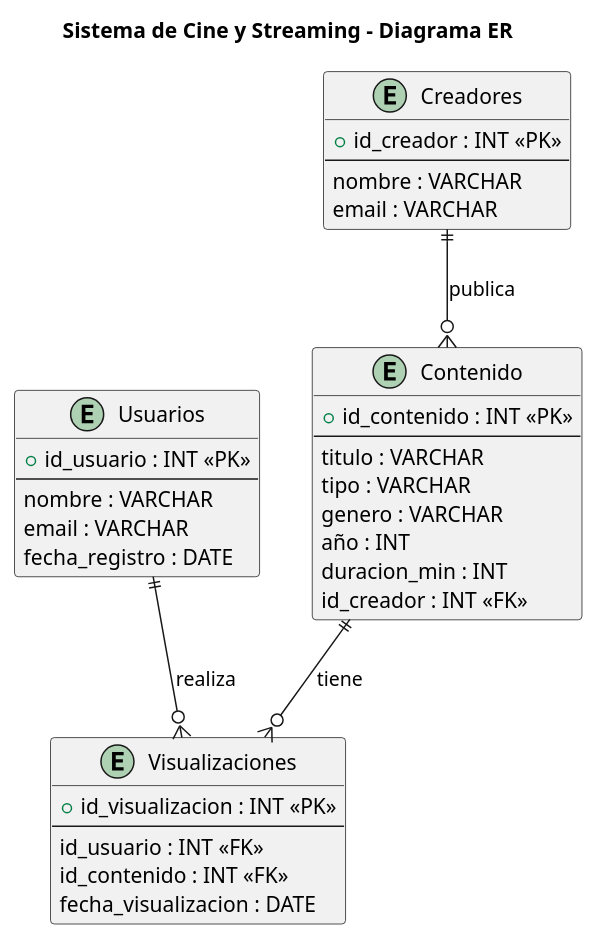
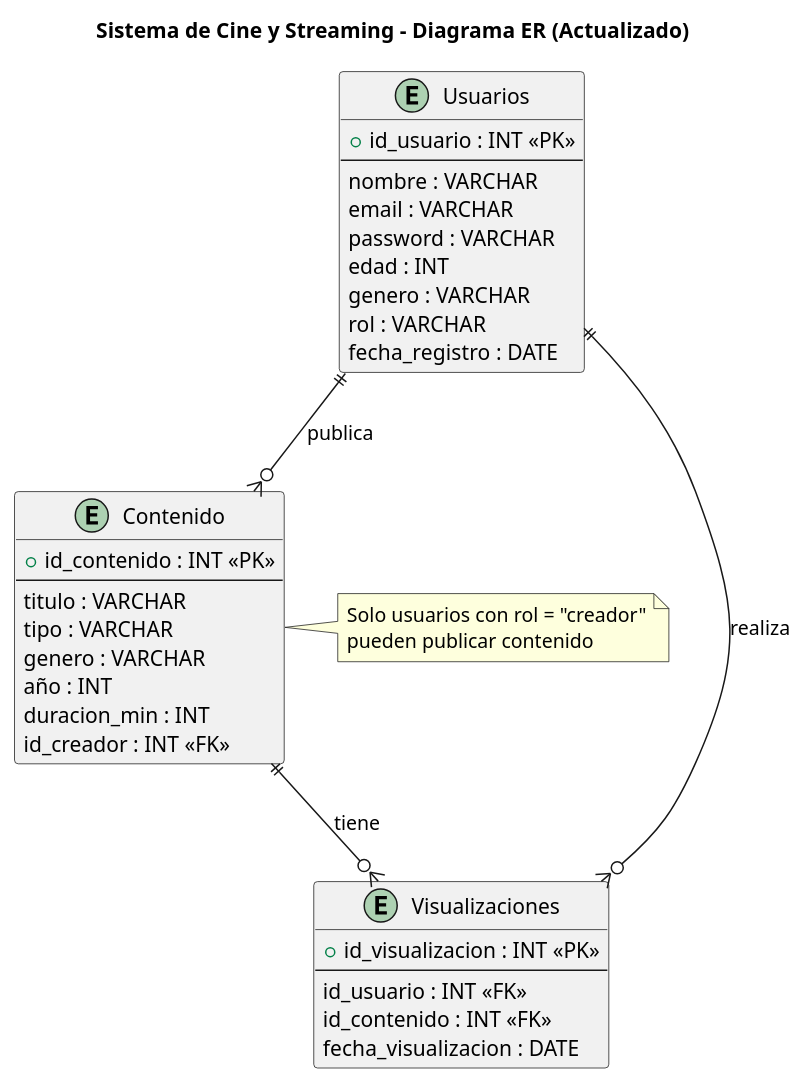
Before and after one commit to Almonacid98/streaming-platform: the diagram in docs/diagram.puml, drawn with PlantUML. The commit also changed 3 other files, not shown here.

Commit message:
Cree los modelos y modifique los que tenia al inicio, borrando una tabla y aplicando solo una tabla usuario que separa los usuarios por roles tipo admin y tipo usuario, apliqué los cambios y las tablas iniciales se migraron con exito a la base de datos en postgres.

```diff
--- a/docs/diagram.puml
+++ b/docs/diagram.puml
@@ -1,42 +1,44 @@
 @startuml
-title Sistema de Cine y Streaming - Diagrama ER
+title Sistema de Cine y Streaming - Diagrama ER (Actualizado)
 
 entity Usuarios {
   + id_usuario : INT <<PK>>
   --
   nombre : VARCHAR
   email : VARCHAR
+  password : VARCHAR
+  edad : INT
+  genero : VARCHAR
+  rol : VARCHAR
   fecha_registro : DATE
-}
-
-entity Creadores {
-  + id_creador : INT <<PK>>
-  --
-  nombre : VARCHAR
-  email : VARCHAR
 }
 
 entity Contenido {
   + id_contenido : INT <<PK>>
   --
   titulo : VARCHAR
   tipo : VARCHAR
   genero : VARCHAR
   año : INT
   duracion_min : INT
   id_creador : INT <<FK>>
 }
 
 entity Visualizaciones {
   + id_visualizacion : INT <<PK>>
   --
   id_usuario : INT <<FK>>
   id_contenido : INT <<FK>>
   fecha_visualizacion : DATE
 }
 
 Usuarios ||--o{ Visualizaciones : realiza
 Contenido ||--o{ Visualizaciones : tiene
-Creadores ||--o{ Contenido : publica
+Usuarios ||--o{ Contenido : publica
+
+note right of Contenido
+Solo usuarios con rol = "creador"
+pueden publicar contenido
+end note
 
 @enduml
```
